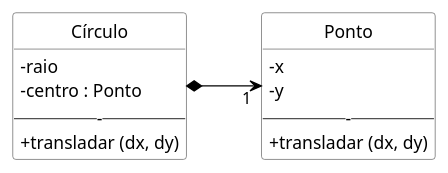
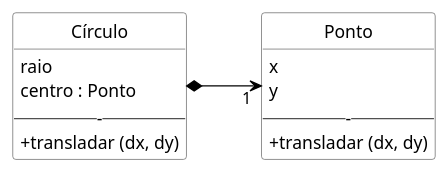
Before and after one commit to kyriosdata/oo: the diagram in imagens/modelos-02/mod02ima04/mod02ima04.plantuml, drawn with PlantUML. The commit also changed 3 other files, not shown here.

```diff
--- a/imagens/modelos-02/mod02ima04/mod02ima04.plantuml
+++ b/imagens/modelos-02/mod02ima04/mod02ima04.plantuml
@@ -1,24 +1,24 @@
 @startuml mod02ima04
 hide circle
 hide methods
 hide empty members
 
 skinparam class {
     BackgroundColor White
     ArrowColor Black
     BorderColor #505050
 }
 skinparam classAttributeIconSize 0
 class "Círculo" as ce
 class "Ponto" as po
 left to right direction
-ce : - raio
-ce : - centro : Ponto
+ce :  raio
+ce :  centro : Ponto
 ce : -----
 ce : + transladar (dx, dy)
-po : - x
-po : - y
+po :  x
+po :  y
 po : -----
 po : + transladar (dx, dy)
 ce *--> "1"po
 @enduml
```
